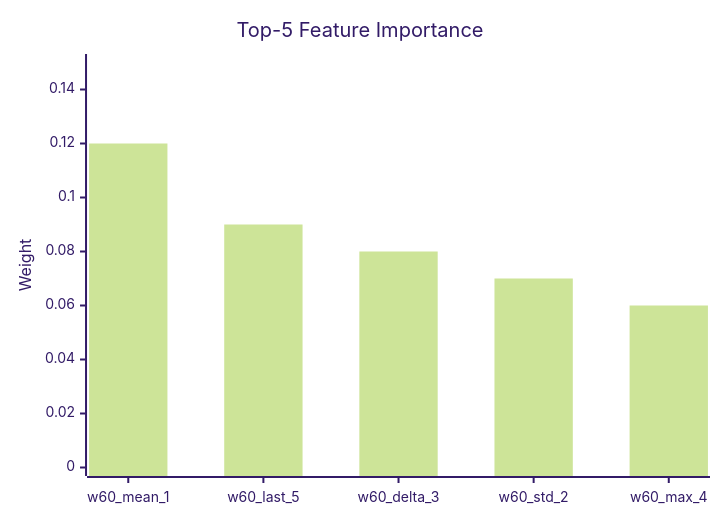
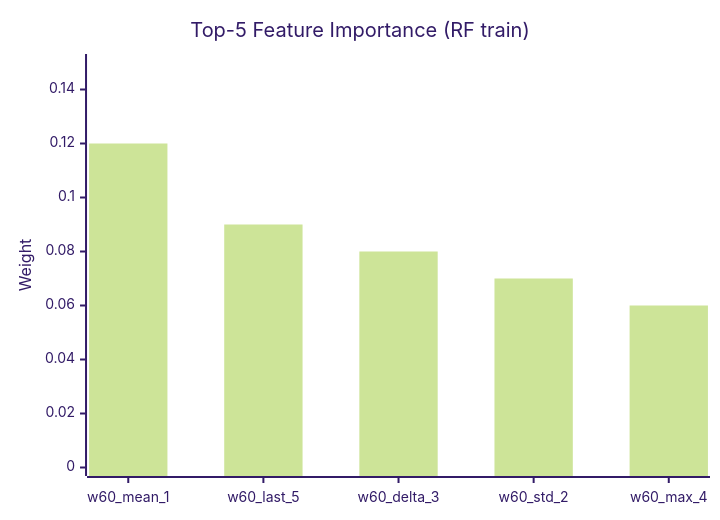
Before and after one commit to Misha-42/soda-ml-carbonation-control: the eighth of 9 diagrams in experiments/soda-ml-nir_targetB_v6/README.md, drawn with Mermaid (forest theme). The commit also changed other lines of this file, not shown here.

````diff
--- a/experiments/soda-ml-nir_targetB_v6/README.md
+++ b/experiments/soda-ml-nir_targetB_v6/README.md
@@ -140,7 +265,7 @@
 ```mermaid
 xychart-beta
-    title "Top-5 Feature Importance"
+    title "Top-5 Feature Importance (RF train)"
     x-axis ["w60_mean_1", "w60_last_5", "w60_delta_3", "w60_std_2", "w60_max_4"]
     y-axis "Weight" 0 --> 0.15
     bar [0.12, 0.09, 0.08, 0.07, 0.06]
 ```
````
